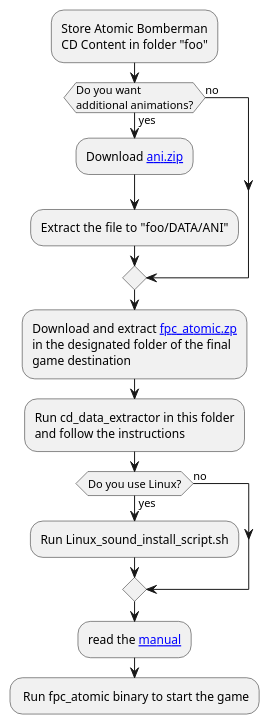
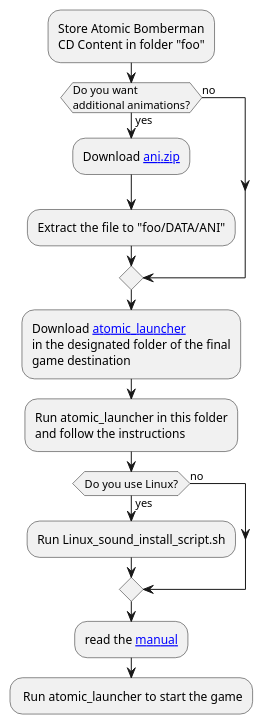
One commit to PascalCorpsman/fpc_atomic changed the diagram in documentation/installation.plantuml. Above: the diagram before and after it, drawn with PlantUML.

Commit message:
ADD: update new instructions to use launcher !

```diff
--- a/documentation/installation.plantuml
+++ b/documentation/installation.plantuml
@@ -3,23 +3,23 @@
 @startuml
 
 :Store Atomic Bomberman 
 CD Content in folder "foo";
 if (Do you want 
 additional animations?) then (yes)
 :Download [[https://www.oocities.org/timessquare/tower/4056/download/ani.zip ani.zip]];
 :Extract the file to "foo/DATA/ANI";
 else (no)
 endif
-:Download and extract [[https://github.com/PascalCorpsman/fpc_atomic/tree/main/bin fpc_atomic.zp]] 
+:Download [[https://github.com/PascalCorpsman/fpc_atomic/tree/main/bin/atomic_launcher.exe atomic_launcher]] 
 in the designated folder of the final
 game destination;
-:Run cd_data_extractor in this folder
+:Run atomic_launcher in this folder
 and follow the instructions;
 if (Do you use Linux?) then (yes)
 :Run Linux_sound_install_script.sh;
 else (no)
 endif
 :read the [[https://github.com/PascalCorpsman/fpc_atomic/blob/main/MANUAL.md manual]];
-: Run fpc_atomic binary to start the game;
+: Run atomic_launcher to start the game;
 
 @enduml
```
